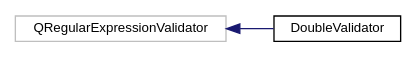
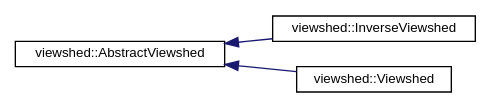
One commit to JanCaha/cpp-viewshed-library changed the diagram in inherit_graph_1.dot. Above: the diagram before and after it, drawn with Graphviz. The commit also changed 90 other files, not shown here.

```diff
--- a/inherit_graph_1.dot
+++ b/inherit_graph_1.dot
@@ -1,10 +1,12 @@
 digraph "Graphical Class Hierarchy"
 {
  // LATEX_PDF_SIZE
   edge [fontname="Helvetica",fontsize="10",labelfontname="Helvetica",labelfontsize="10"];
   node [fontname="Helvetica",fontsize="10",shape=record];
   rankdir="LR";
-  Node25 [label="QRegularExpressionValidator",height=0.2,width=0.4,color="grey75", fillcolor="white", style="filled",tooltip=" "];
-  Node25 -> Node0 [dir="back",color="midnightblue",fontsize="10",style="solid",fontname="Helvetica"];
-  Node0 [label="DoubleValidator",height=0.2,width=0.4,color="black", fillcolor="white", style="filled",URL="$classDoubleValidator.html",tooltip=" "];
+  Node0 [label="viewshed::AbstractViewshed",height=0.2,width=0.4,color="black", fillcolor="white", style="filled",URL="$classviewshed_1_1AbstractViewshed.html",tooltip="Abstract class that represents viewshed calculation from this class specific implementations ( Viewsh..."];
+  Node0 -> Node1 [dir="back",color="midnightblue",fontsize="10",style="solid",fontname="Helvetica"];
+  Node1 [label="viewshed::InverseViewshed",height=0.2,width=0.4,color="black", fillcolor="white", style="filled",URL="$classviewshed_1_1InverseViewshed.html",tooltip=" "];
+  Node0 -> Node2 [dir="back",color="midnightblue",fontsize="10",style="solid",fontname="Helvetica"];
+  Node2 [label="viewshed::Viewshed",height=0.2,width=0.4,color="black", fillcolor="white", style="filled",URL="$classviewshed_1_1Viewshed.html",tooltip=" "];
 }
```
